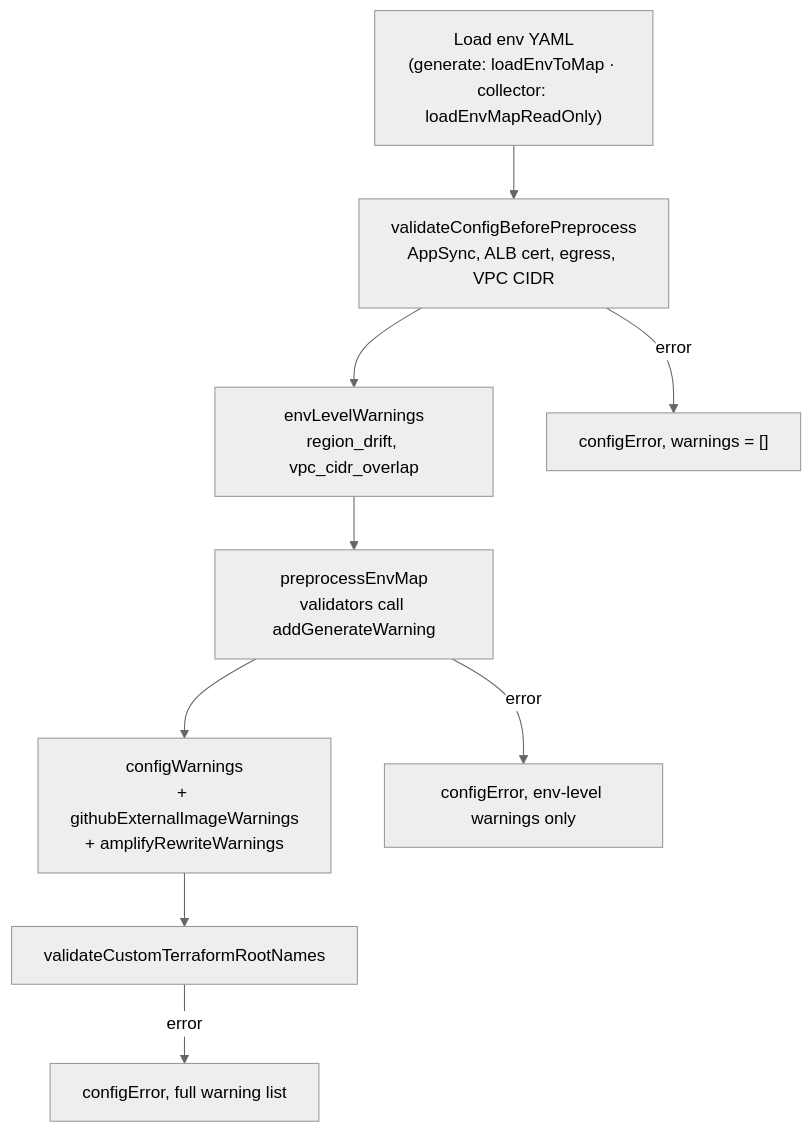
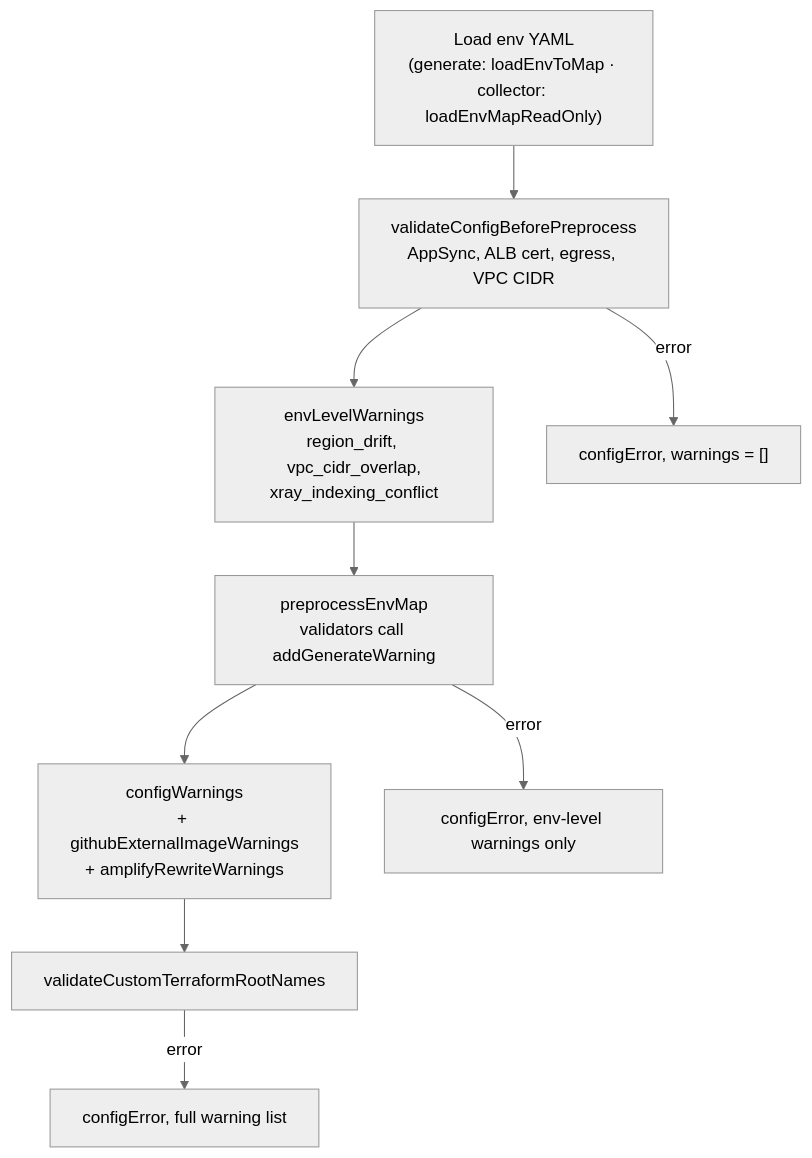
One commit to MadAppGang/meroku changed the diagram in ai_docs/CONFIG_WARNINGS.md. Above: the diagram before and after it, drawn with Mermaid (neutral theme). The commit also changed other lines of this file and 27 other files, not shown here.

First line of the commit message:
feat(xray): turn on X-Ray Transaction Search for every env that uses X-Ray

````diff
--- a/ai_docs/CONFIG_WARNINGS.md
+++ b/ai_docs/CONFIG_WARNINGS.md
@@ -136,13 +137,13 @@
 ```mermaid
 flowchart TD
     load["Load env YAML<br/>(generate: loadEnvToMap · collector: loadEnvMapReadOnly)"]
     refuse1["validateConfigBeforePreprocess<br/>AppSync, ALB cert, egress, VPC CIDR"]
-    envlevel["envLevelWarnings<br/>region_drift, vpc_cidr_overlap"]
+    envlevel["envLevelWarnings<br/>region_drift, vpc_cidr_overlap,<br/>xray_indexing_conflict"]
     pre["preprocessEnvMap<br/>validators call addGenerateWarning"]
     post["configWarnings<br/>+ githubExternalImageWarnings<br/>+ amplifyRewriteWarnings"]
     refuse2["validateCustomTerraformRootNames"]
     load --> refuse1 --> envlevel --> pre --> post --> refuse2
     refuse1 -- error --> stop1["configError, warnings = []"]
     pre -- error --> stop2["configError, env-level warnings only"]
     refuse2 -- error --> stop3["configError, full warning list"]
 ```
````
